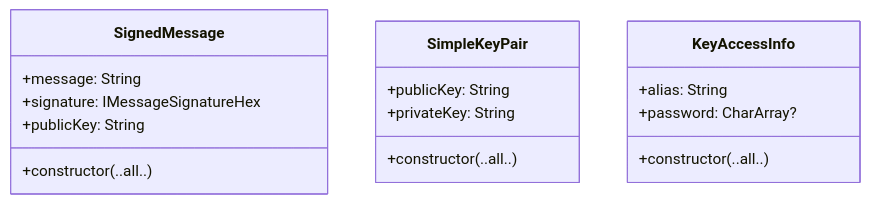
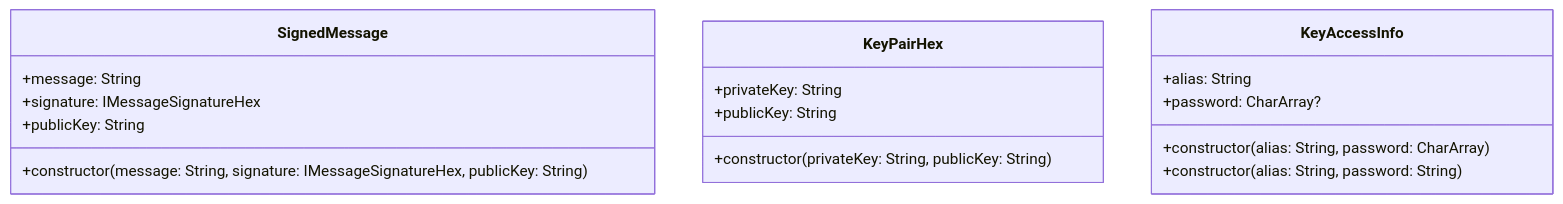
One commit to planet-nine-app/sessionless changed the fourth of 4 diagrams in src/kotlin/README.md. Above: the diagram before and after it, drawn with Mermaid. The commit also changed other lines of this file, not shown here.

````diff
--- a/src/kotlin/README.md
+++ b/src/kotlin/README.md
@@ -87,21 +88,22 @@
 ```mermaid
 classDiagram
   class SignedMessage {
     +message: String
     +signature: IMessageSignatureHex
     +publicKey: String
-    +constructor(..all..)
+    +constructor(message: String, signature: IMessageSignatureHex, publicKey: String)
   }
 
-  class SimpleKeyPair {
+  class KeyPairHex {
+    +privateKey: String
     +publicKey: String
-    +privateKey: String
-    +constructor(..all..)
+    +constructor(privateKey: String, publicKey: String)
   }
 
   class KeyAccessInfo {
     +alias: String
     +password: CharArray?
-    +constructor(..all..)
+    +constructor(alias: String, password: CharArray)
+    +constructor(alias: String, password: String)
   }
 ```
````
